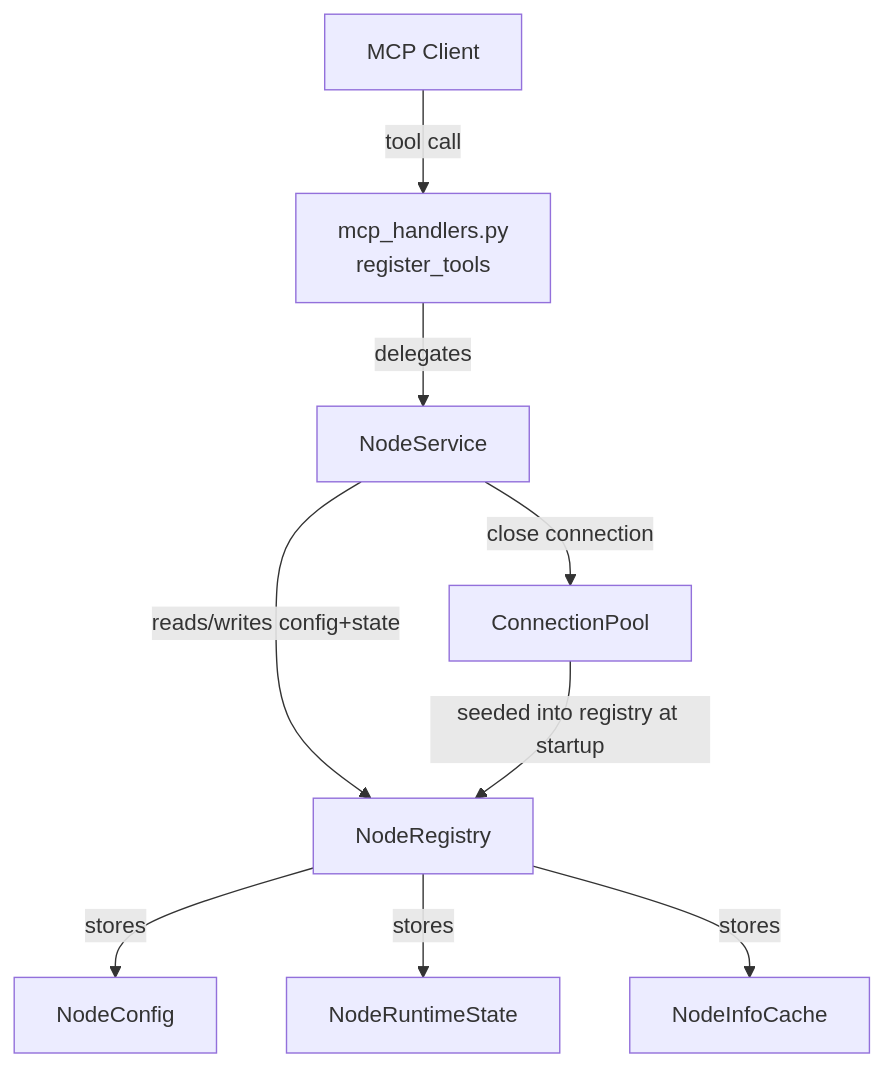
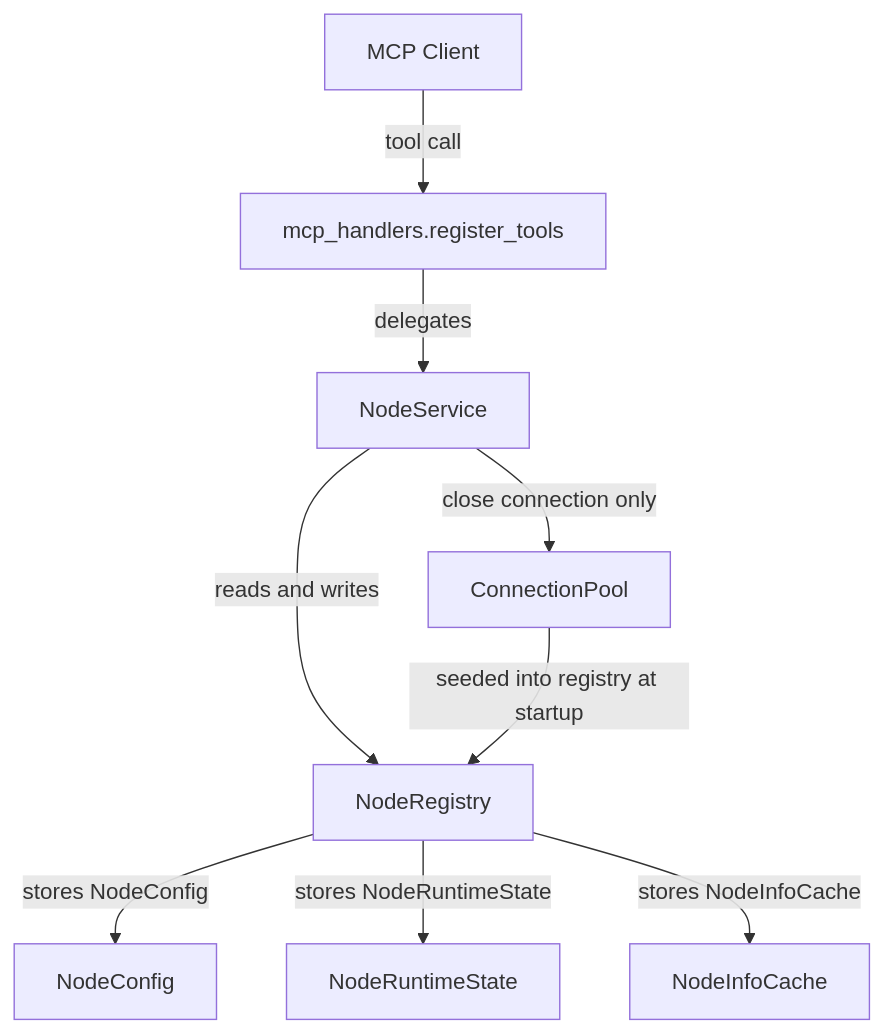
The diagram in plans/node-management-api-slice.md (olilanz/mcp-ssh-gateway), drawn with Mermaid before and after one commit. The commit also changed other lines of this file, not shown here.

````diff
--- a/plans/node-management-api-slice.md
+++ b/plans/node-management-api-slice.md
@@ -296,11 +371,11 @@
 ```mermaid
 flowchart TD
-    MCP_CLIENT[MCP Client] -->|tool call| HANDLERS[mcp_handlers.py\nregister_tools]
+    MCP_CLIENT[MCP Client] -->|tool call| HANDLERS[mcp_handlers.register_tools]
     HANDLERS -->|delegates| NS[NodeService]
-    NS -->|reads/writes config+state| REG[NodeRegistry]
-    NS -->|close connection| POOL[ConnectionPool]
-    REG -->|stores| NC[NodeConfig]
-    REG -->|stores| NRS[NodeRuntimeState]
-    REG -->|stores| NIC[NodeInfoCache]
+    NS -->|reads and writes| REG[NodeRegistry]
+    NS -->|close connection only| POOL[ConnectionPool]
+    REG -->|stores NodeConfig| NC[NodeConfig]
+    REG -->|stores NodeRuntimeState| NRS[NodeRuntimeState]
+    REG -->|stores NodeInfoCache| NIC[NodeInfoCache]
     POOL -->|seeded into registry at startup| REG
 ```
````
